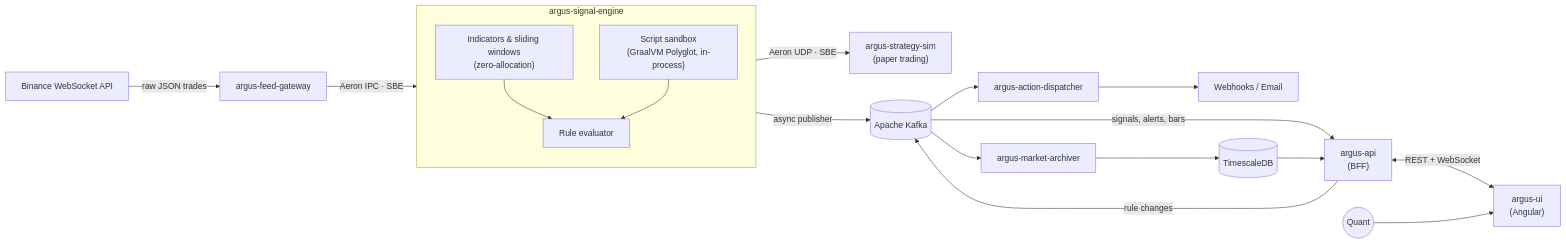
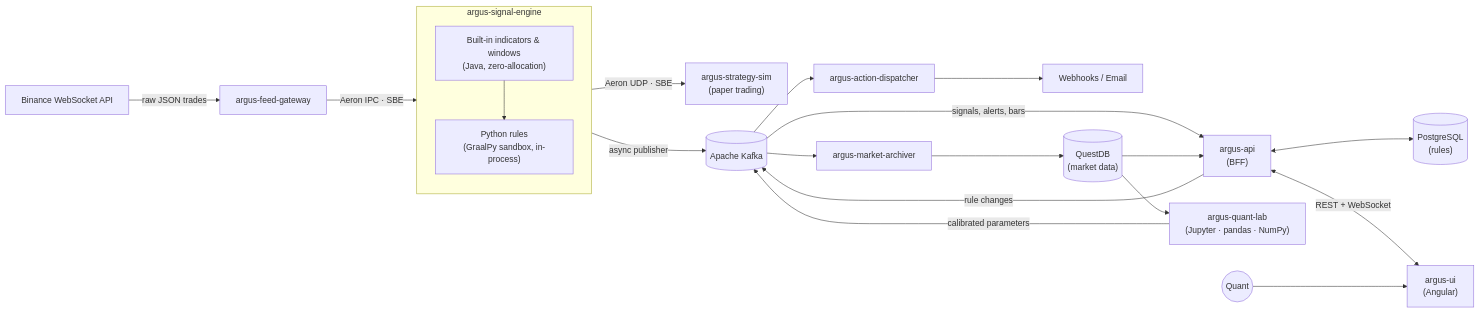
One commit to MeSeeFoo/argus-quant-engine changed the diagram in README.md. Above: the diagram before and after it, drawn with Mermaid. The commit also changed other lines of this file and 1 other file, not shown here.

First line of the commit message:
Refine architecture: Python rules, QuestDB, Apicurio on AWS, quant lab

````diff
--- a/README.md
+++ b/README.md
@@ -49,28 +49,29 @@
 ```mermaid
 flowchart LR
     BIN["Binance WebSocket API"] -->|"raw JSON trades"| FG["argus-feed-gateway"]
     FG -->|"Aeron IPC · SBE"| SE
 
     subgraph SE["argus-signal-engine"]
         direction TB
-        IND["Indicators & sliding windows<br/>(zero-allocation)"]
-        SBX["Script sandbox<br/>(GraalVM Polyglot, in-process)"]
-        RUL["Rule evaluator"]
+        IND["Built-in indicators & windows<br/>(Java, zero-allocation)"]
+        RUL["Python rules<br/>(GraalPy sandbox, in-process)"]
         IND --> RUL
-        SBX --> RUL
     end
 
     SE -->|"Aeron UDP · SBE"| STR["argus-strategy-sim<br/>(paper trading)"]
     SE -->|"async publisher"| K[("Apache Kafka")]
 
     K --> DSP["argus-action-dispatcher"]
     DSP --> EXT["Webhooks / Email"]
     K --> ARC["argus-market-archiver"]
-    ARC --> TS[("TimescaleDB")]
+    ARC --> QDB[("QuestDB<br/>(market data)")]
 
     K -->|"signals, alerts, bars"| API["argus-api<br/>(BFF)"]
-    TS --> API
+    QDB --> API
+    API <--> PG[("PostgreSQL<br/>(rules)")]
     API -->|"rule changes"| K
+    QDB --> LAB["argus-quant-lab<br/>(Jupyter · pandas · NumPy)"]
+    LAB -->|"calibrated parameters"| K
     API <-->|"REST + WebSocket"| UI["argus-ui<br/>(Angular)"]
     USR(("Quant")) --> UI
 ```
````
